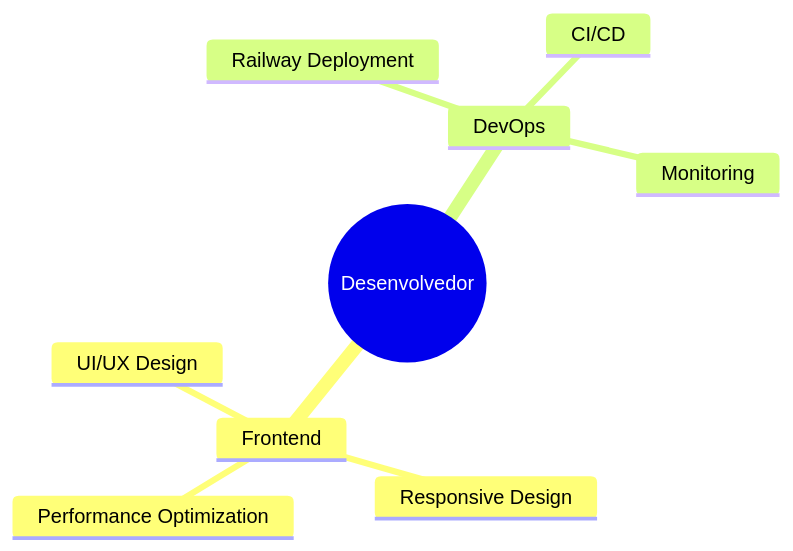
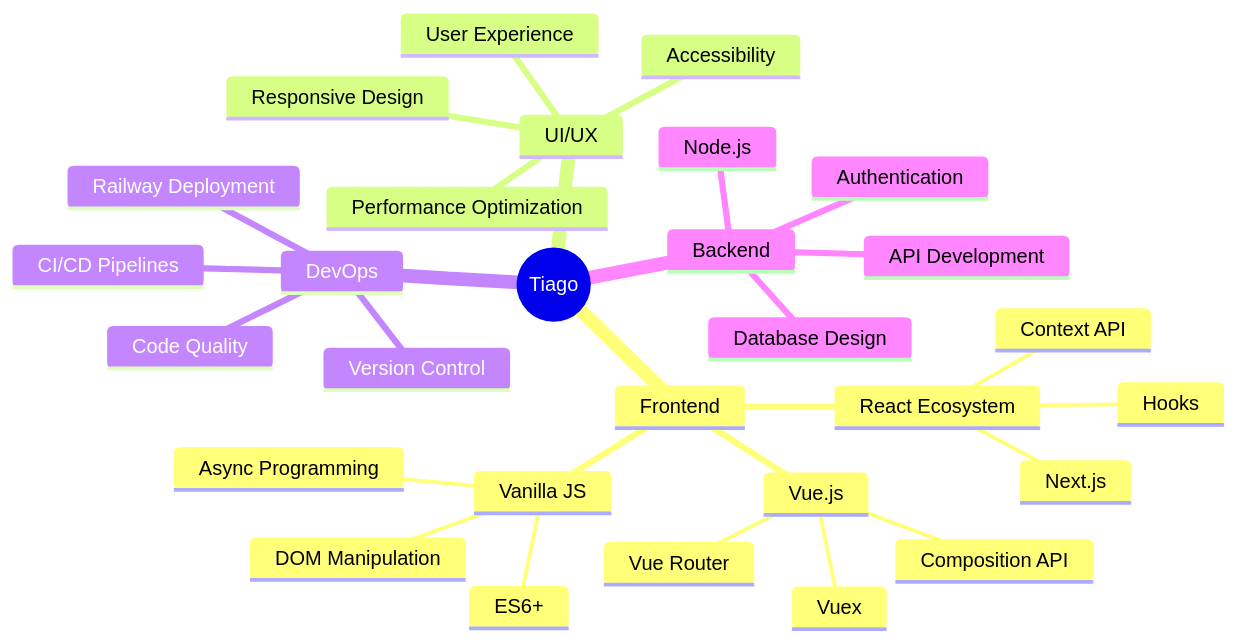
One commit to TiagoKoligowski/tiagokoligowski changed the diagram in README.md. Above: the diagram before and after it, drawn with Mermaid. The commit also changed other lines of this file, not shown here.

````diff
--- a/README.md
+++ b/README.md
@@ -80,12 +161,32 @@
 ```mermaid
 mindmap
-  root((Desenvolvedor))
+  root((Tiago))
     Frontend
-      UI/UX Design
+      React Ecosystem
+        Next.js
+        Hooks
+        Context API
+      Vue.js
+        Vuex
+        Vue Router
+        Composition API
+      Vanilla JS
+        ES6+
+        DOM Manipulation
+        Async Programming
+    UI/UX
       Responsive Design
       Performance Optimization
+      Accessibility
+      User Experience
     DevOps
       Railway Deployment
-      CI/CD
-      Monitoring
+      CI/CD Pipelines
+      Version Control
+      Code Quality
+    Backend
+      Node.js
+      API Development
+      Database Design
+      Authentication
 ```
````
